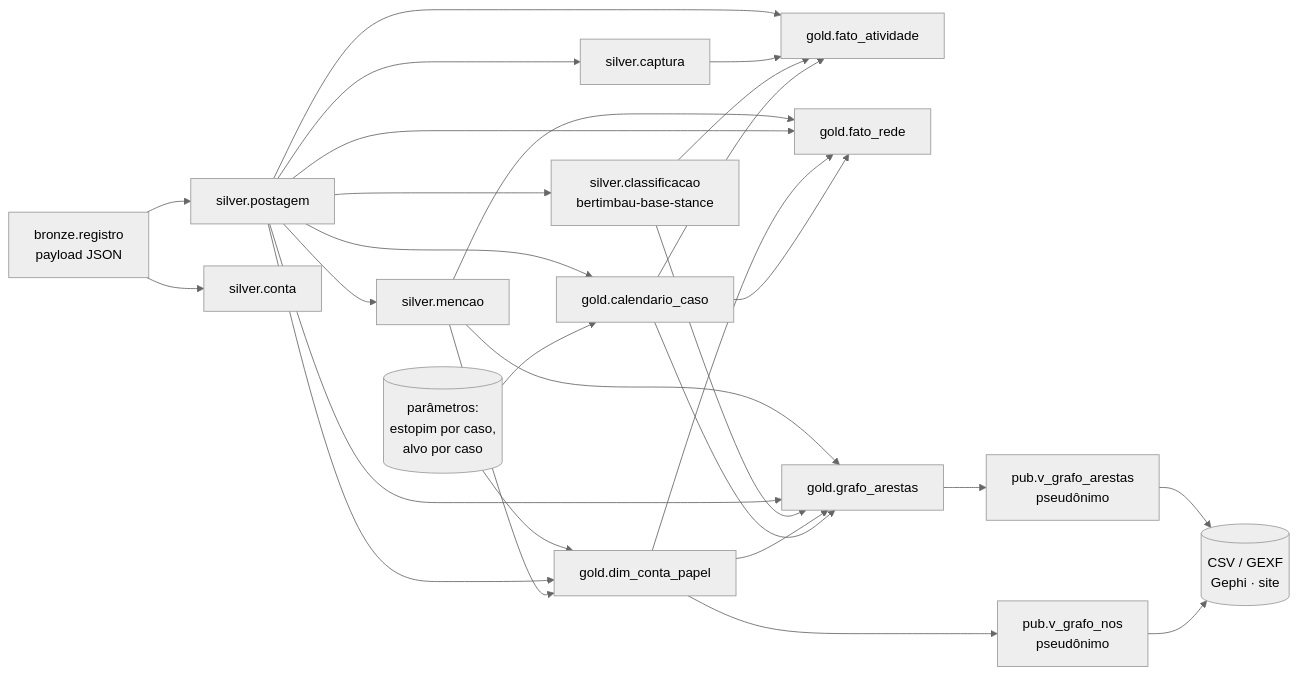
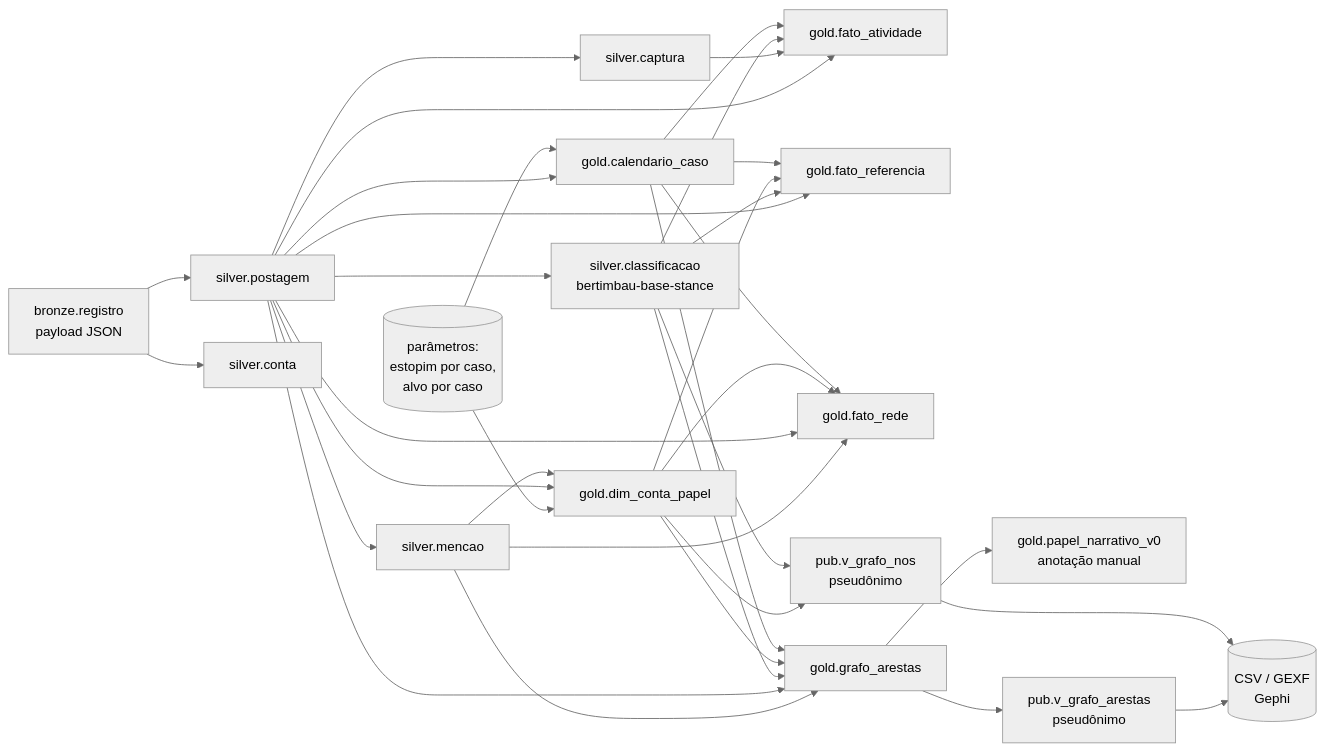
One commit to carlospaes120/scapegoat_pipeline changed the second of 2 diagrams in catalog/catalogo_de_dados.md. Above: the diagram before and after it, drawn with Mermaid (neutral theme). The commit also changed other lines of this file and 3 other files, not shown here.

````diff
--- a/catalog/catalogo_de_dados.md
+++ b/catalog/catalogo_de_dados.md
@@ -76,30 +97,36 @@
 ```mermaid
 flowchart LR
     B[bronze.registro<br/>payload JSON] --> SP[silver.postagem]
     B --> SC[silver.conta]
     SP --> SCap[silver.captura]
     SP --> SM[silver.mencao]
     SP --> SCl[silver.classificacao<br/>bertimbau-base-stance]
     SP --> CAL[gold.calendario_caso]
     P[(parâmetros:<br/>estopim por caso,<br/>alvo por caso)] --> CAL
     P --> DCP
     SP --> DCP[gold.dim_conta_papel]
     SM --> DCP
     SP --> FA[gold.fato_atividade]
     SCap --> FA
     SCl --> FA
     CAL --> FA
+    SP --> FRf[gold.fato_referencia]
+    SCl --> FRf
+    DCP --> FRf
+    CAL --> FRf
     SM --> FR[gold.fato_rede]
     SP --> FR
     DCP --> FR
     CAL --> FR
     SM --> GA[gold.grafo_arestas]
     SP --> GA
     SCl --> GA
     DCP --> GA
     CAL --> GA
+    GA --> PN0[gold.papel_narrativo_v0<br/>anotação manual]
     GA --> PA[pub.v_grafo_arestas<br/>pseudônimo]
     DCP --> PN[pub.v_grafo_nos<br/>pseudônimo]
-    PA --> EXP[(CSV / GEXF<br/>Gephi · site)]
+    SCl --> PN
+    PA --> EXP[(CSV / GEXF<br/>Gephi)]
     PN --> EXP
 ```
````
